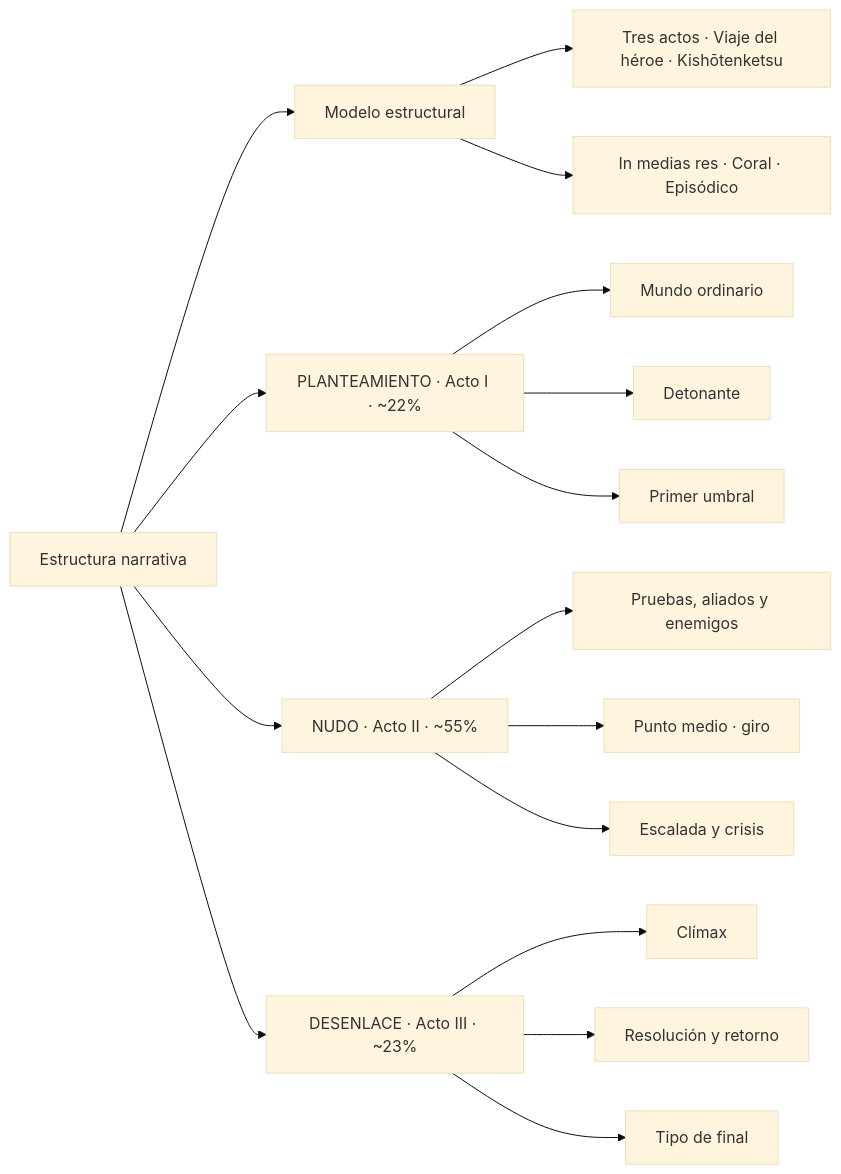
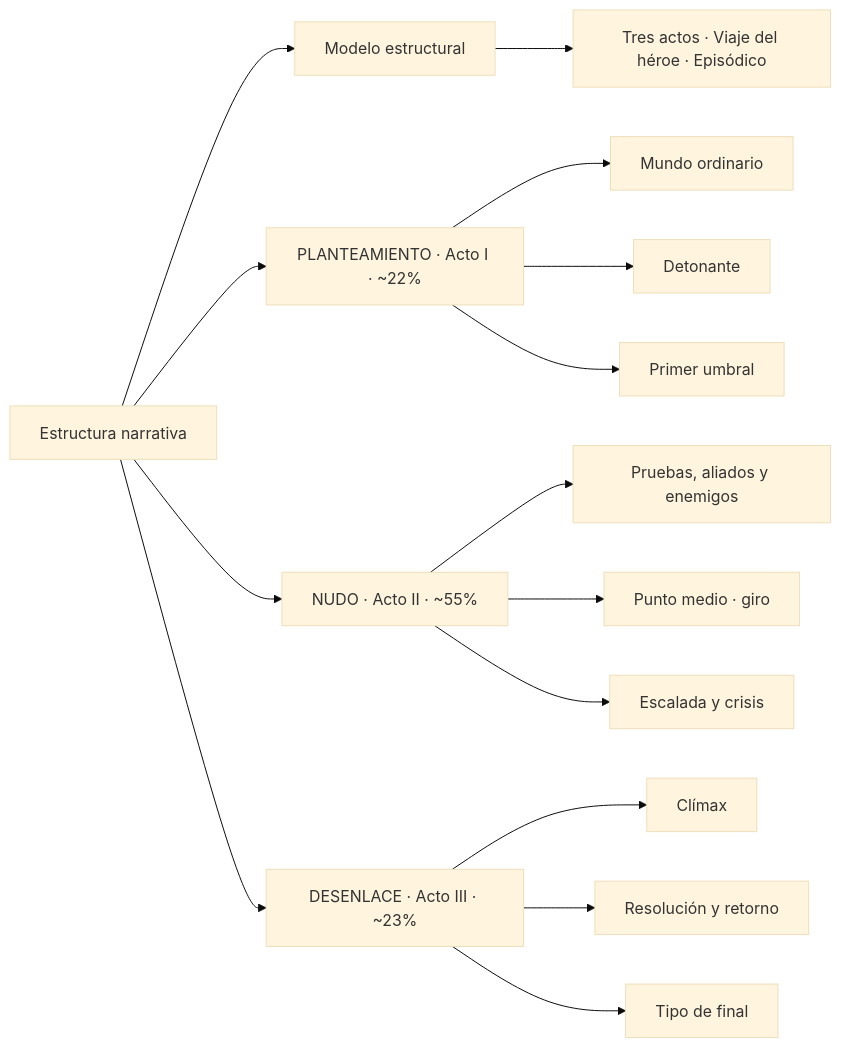
Before and after one commit to Asieribarz/my-story-marker: the second of 11 diagrams in docs/domain-knowledge.md, drawn with Mermaid (base theme). The commit also changed other lines of this file and 6 other files, not shown here.

````diff
--- a/docs/domain-knowledge.md
+++ b/docs/domain-knowledge.md
@@ -28,22 +31,21 @@
 ```mermaid
 flowchart LR
   E["Estructura narrativa"] --> E0["Modelo estructural"]
   E --> E1["PLANTEAMIENTO · Acto I · ~22%"]
   E --> E2["NUDO · Acto II · ~55%"]
   E --> E3["DESENLACE · Acto III · ~23%"]
 
-  E0 --> E01["Tres actos · Viaje del héroe · Kishōtenketsu"]
-  E0 --> E02["In medias res · Coral · Episódico"]
+  E0 --> E01["Tres actos · Viaje del héroe · Episódico"]
 
   E1 --> E11["Mundo ordinario"]
   E1 --> E12["Detonante"]
   E1 --> E13["Primer umbral"]
 
   E2 --> E21["Pruebas, aliados y enemigos"]
   E2 --> E22["Punto medio · giro"]
   E2 --> E23["Escalada y crisis"]
 
   E3 --> E31["Clímax"]
   E3 --> E32["Resolución y retorno"]
   E3 --> E33["Tipo de final"]
 ```
````
